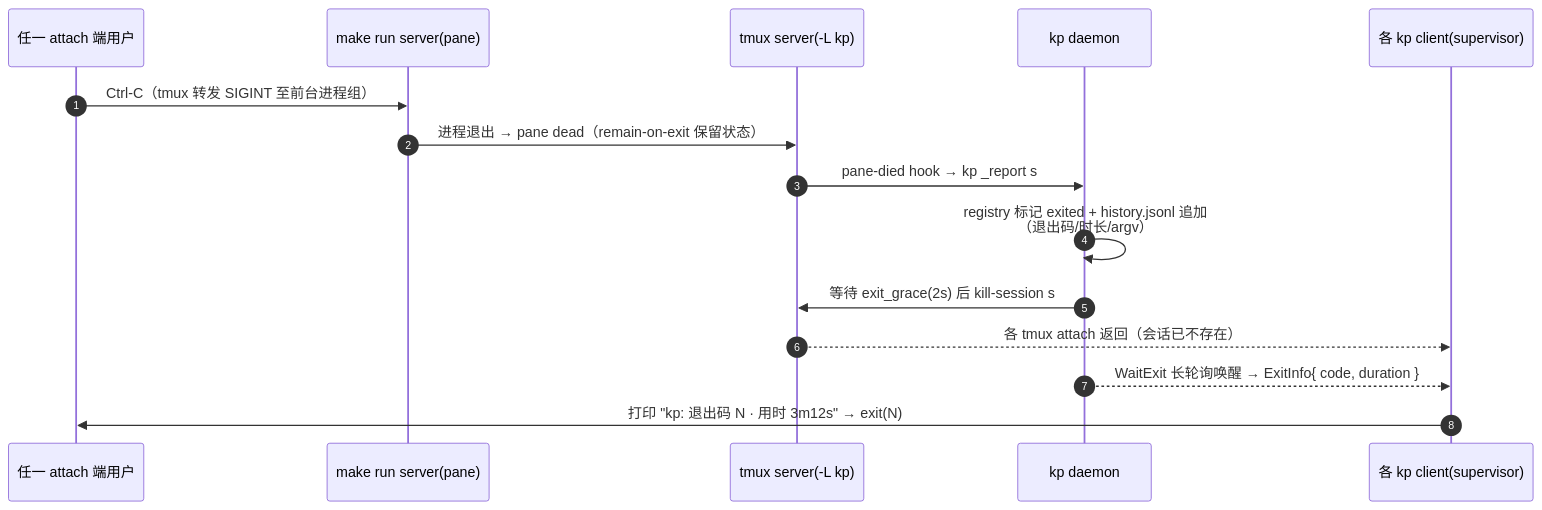
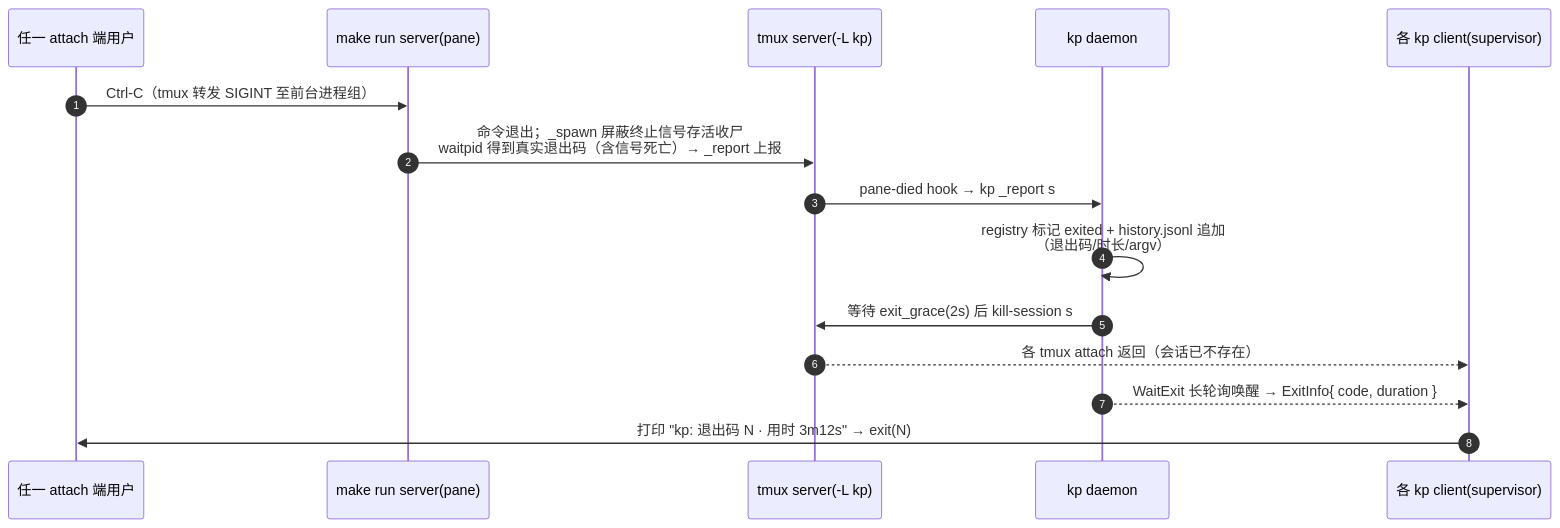
Before and after one commit to x007007007/kp: the fifth of 8 diagrams in docs/05-architecture.md, drawn with Mermaid. The commit also changed other lines of this file and 17 other files, not shown here.

````diff
--- a/docs/05-architecture.md
+++ b/docs/05-architecture.md
@@ -238,18 +238,18 @@
 ```mermaid
 sequenceDiagram
     autonumber
     participant U as 任一 attach 端用户
     participant P as make run server(pane)
     participant X as tmux server(-L kp)
     participant D as kp daemon
     participant C as 各 kp client(supervisor)
 
     U->>P: Ctrl-C（tmux 转发 SIGINT 至前台进程组）
-    P->>X: 进程退出 → pane dead（remain-on-exit 保留状态）
-    X->>D: pane-died hook → kp _report s #{pane_dead_status}
+    P->>X: 命令退出；_spawn 屏蔽终止信号存活收尸<br/>waitpid 得到真实退出码（含信号死亡）→ _report 上报
+    X->>D: pane-died hook → kp _report s #{pane_dead_status}（兜底）
     D->>D: registry 标记 exited + history.jsonl 追加<br/>（退出码/时长/argv）
     D->>X: 等待 exit_grace(2s) 后 kill-session s
     X-->>C: 各 tmux attach 返回（会话已不存在）
     D-->>C: WaitExit 长轮询唤醒 → ExitInfo{ code, duration }
     C->>U: 打印 "kp: 退出码 N · 用时 3m12s" → exit(N)
 ```
````
